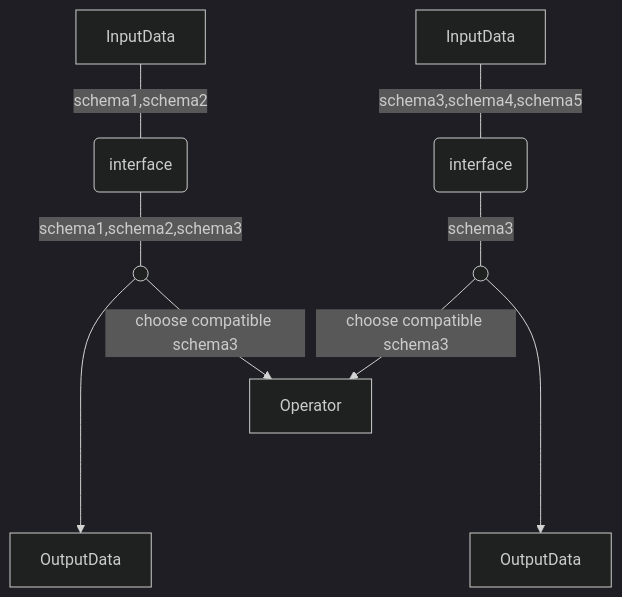
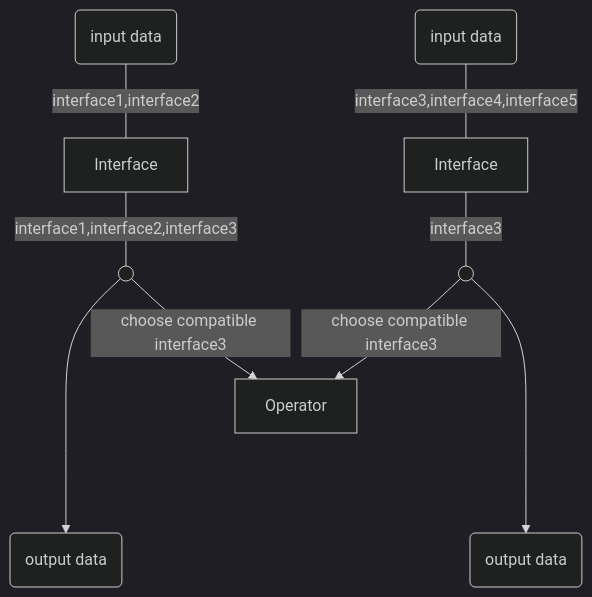
Before and after one commit to windwhiterain/Elf: the sixth of 16 diagrams in readme.md, drawn with Mermaid (dark theme). The commit also changed other lines of this file and 2 other files, not shown here.

````diff
--- a/readme.md
+++ b/readme.md
@@ -83,15 +180,15 @@
 ```mermaid
 graph TB
-    in[InputData]
-    in2[InputData]
-    out[OutputData]
-    out2[OutputData]
-    int(interface)
-    int2(interface)
+    in(input data)
+    in2(input data)
+    out(output data)
+    out2(output data)
+    int[Interface]
+    int2[Interface]
     op[Operator]
     o1(( ))
     o2(( ))
-    in--schema1,schema2--- int--schema1,schema2,schema3--- o1---->out
-    o2 & o1--choose compatible schema3-->op
-    in2--schema3,schema4,schema5--- int2--schema3--- o2---->out2
+    in--interface1,interface2--- int--interface1,interface2,interface3--- o1---->out
+    o2 & o1--choose compatible interface3-->op
+    in2--interface3,interface4,interface5--- int2--interface3--- o2---->out2
 ```
````
